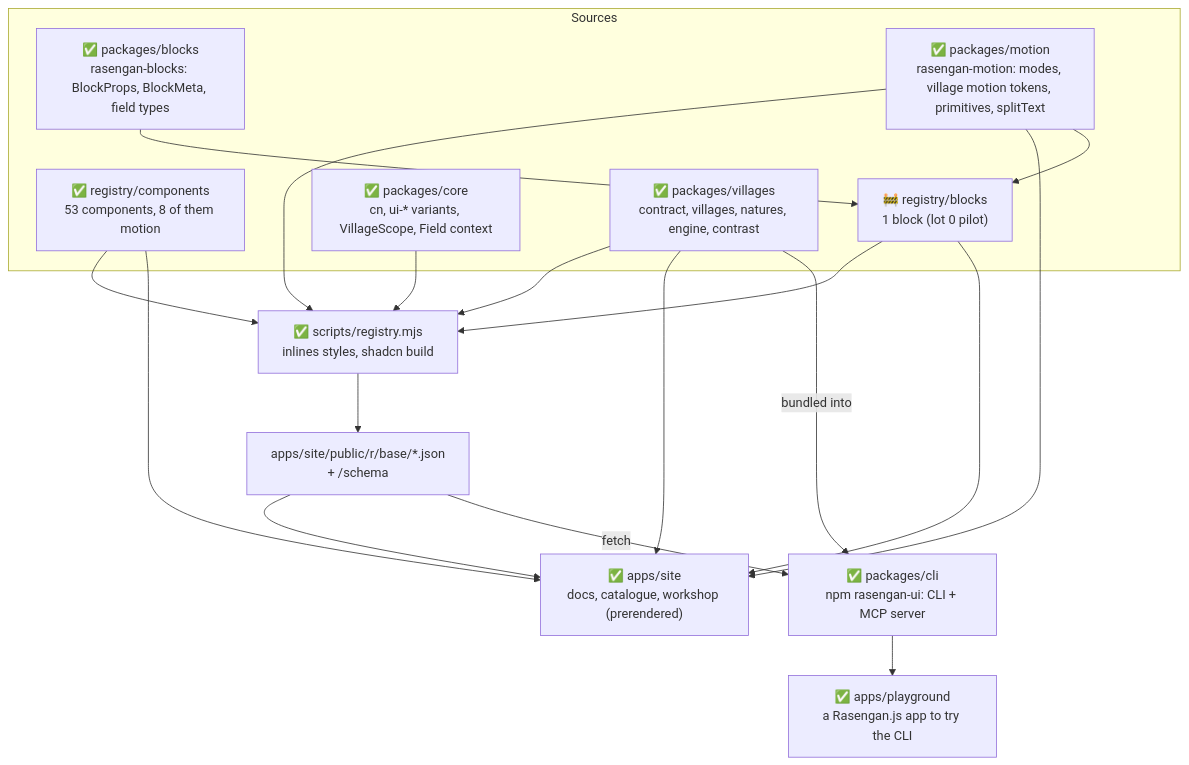
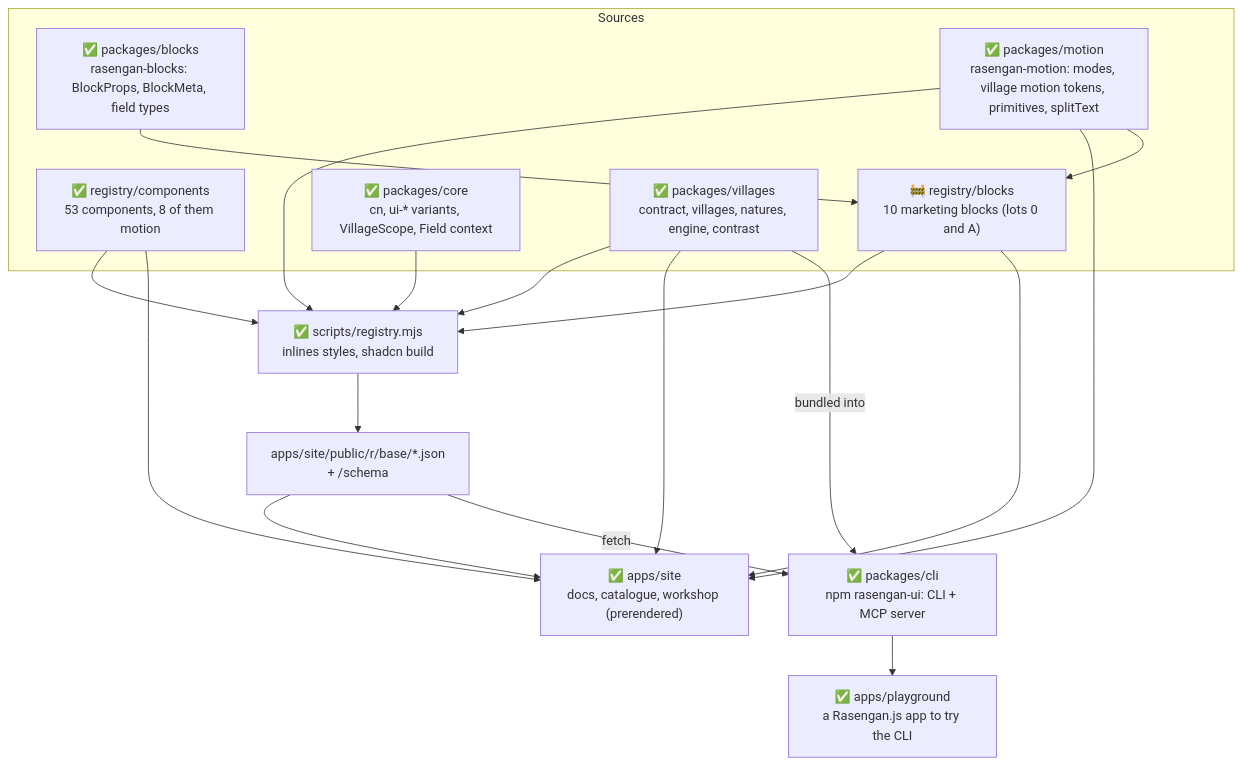
The second of 5 diagrams in docs/architecture.md (rasengan-dev/rasengan-ui), drawn with Mermaid before and after one commit. The commit also changed other lines of this file and 94 other files, not shown here.

First line of the commit message:
feat(blocks): RFC-0008 lot A, ten marketing blocks, and a showcase for them

````diff
--- a/docs/architecture.md
+++ b/docs/architecture.md
@@ -41,34 +41,34 @@
 ```mermaid
 flowchart TB
   subgraph source[Sources]
     comps["✅ registry/components<br/>53 components, 8 of them motion"]
-    blocks["🚧 registry/blocks<br/>1 block (lot 0 pilot)"]
+    blocks["🚧 registry/blocks<br/>10 marketing blocks (lots 0 and A)"]
     blockslib["✅ packages/blocks<br/>rasengan-blocks: BlockProps, BlockMeta, field types"]
     core["✅ packages/core<br/>cn, ui-* variants, VillageScope, Field context"]
     villages["✅ packages/villages<br/>contract, villages, natures, engine, contrast"]
     motion["✅ packages/motion<br/>rasengan-motion: modes, village motion tokens, primitives, splitText"]
   end
 
   build["✅ scripts/registry.mjs<br/>inlines styles, shadcn build"]
   public["apps/site/public/r/base/*.json<br/>+ /schema"]
   site["✅ apps/site<br/>docs, catalogue, workshop (prerendered)"]
   cli["✅ packages/cli<br/>npm rasengan-ui: CLI + MCP server"]
   play["✅ apps/playground<br/>a Rasengan.js app to try the CLI"]
 
   comps --> build
   core --> build
   villages --> build
   build --> public
   public --> site
   villages --> site
   comps --> site
   public -- fetch --> cli
   villages -- bundled into --> cli
   cli --> play
   motion --> build
   motion --> site
   motion --> blocks
   blockslib --> blocks
   blocks --> build
   blocks --> site
 ```
````
